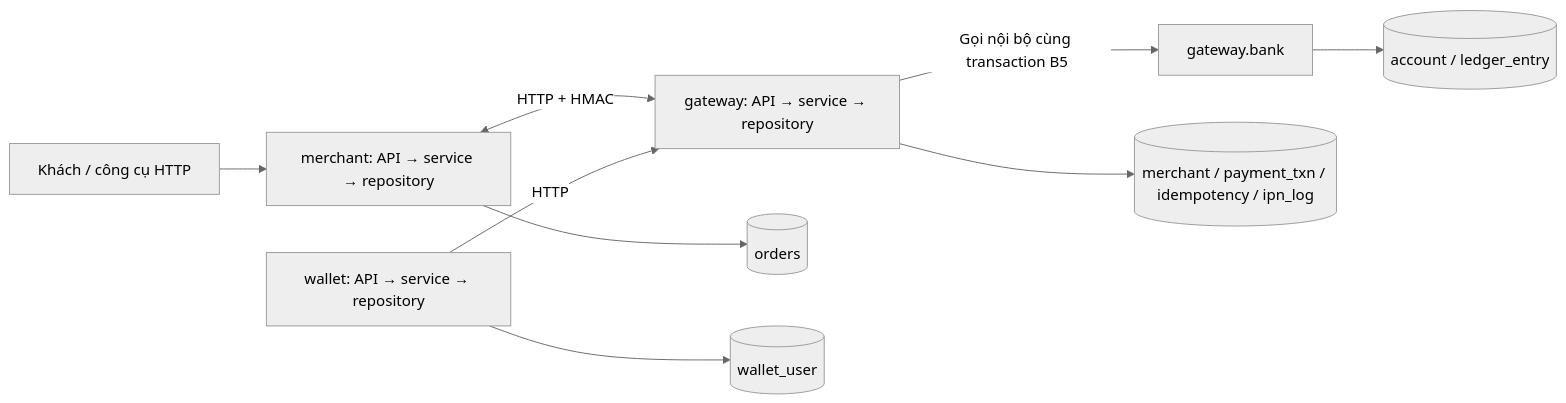
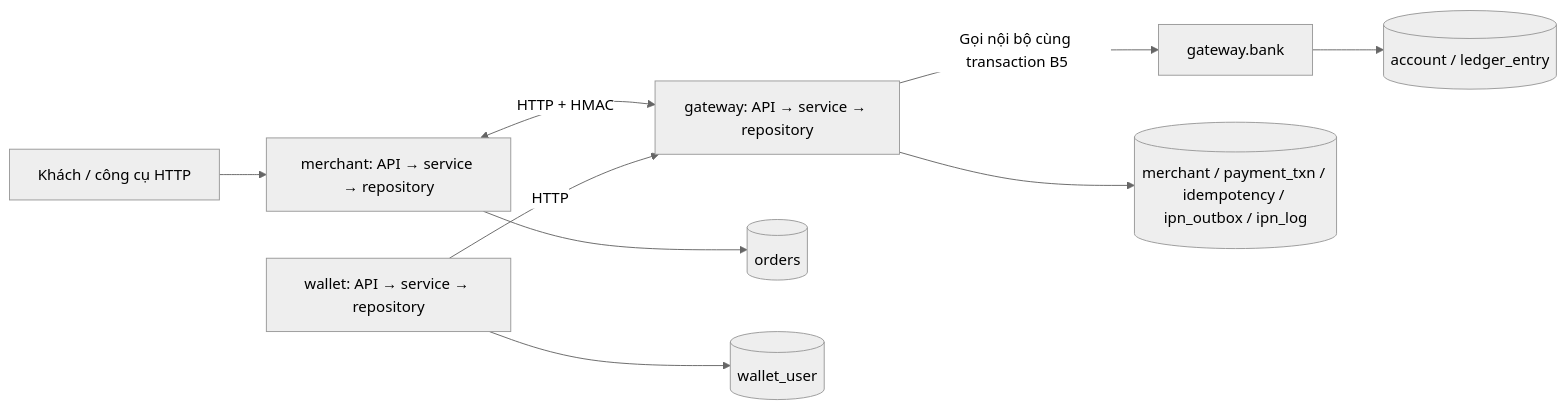
One commit to NguyenQuocVuong0702/qr-payment-flow changed the first of 5 diagrams in docs/architecture.md. Above: the diagram before and after it, drawn with Mermaid (neutral theme). The commit also changed other lines of this file and 27 other files, not shown here.

Commit message:
feat: deliver durable payment IPNs with bounded retries and merchant idempotency

````diff
--- a/docs/architecture.md
+++ b/docs/architecture.md
@@ -23,11 +24,11 @@
 ```mermaid
 flowchart LR
     Client[Khách / công cụ HTTP] --> M[merchant: API → service → repository]
     M <-->|HTTP + HMAC| G[gateway: API → service → repository]
     W[wallet: API → service → repository] -->|HTTP| G
     G -->|Gọi nội bộ cùng transaction B5| B[gateway.bank]
     M --> O[(orders)]
     W --> U[(wallet_user)]
-    G --> T[(merchant / payment_txn / idempotency / ipn_log)]
+    G --> T[(merchant / payment_txn / idempotency / ipn_outbox / ipn_log)]
     B --> L[(account / ledger_entry)]
 ```
````
